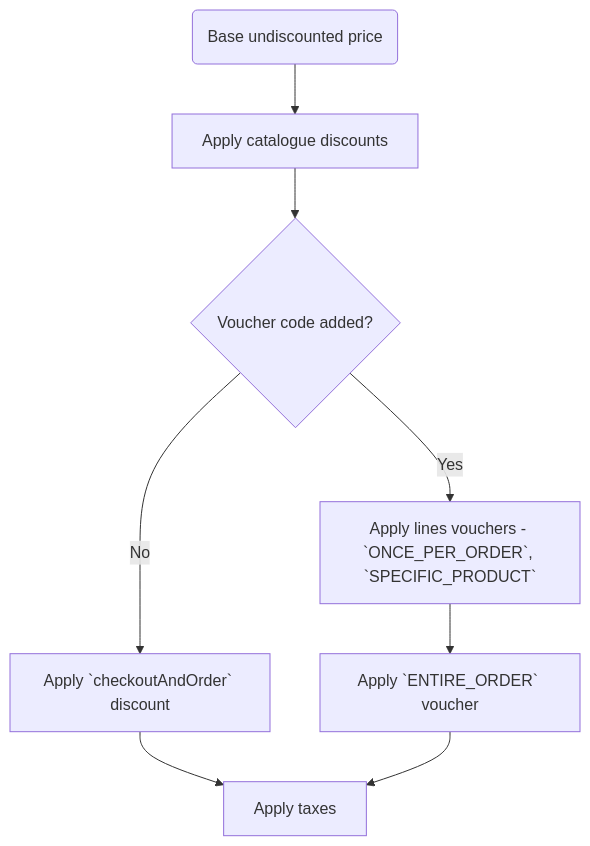
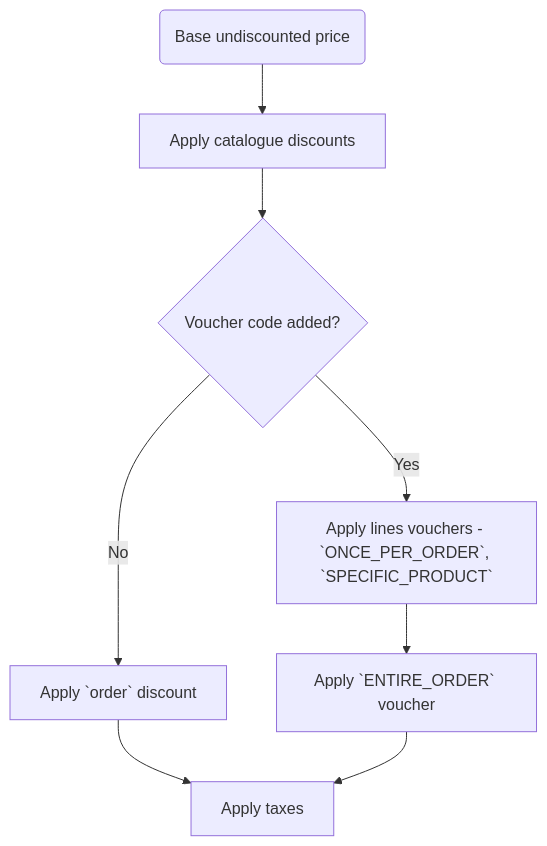
One commit to saleor/saleor-docs changed the first of 2 diagrams in docs/developer/discounts/promotions.mdx. Above: the diagram before and after it, drawn with Mermaid. The commit also changed other lines of this file, not shown here.

Commit message:
Update promotion charts

````diff
--- a/docs/developer/discounts/promotions.mdx
+++ b/docs/developer/discounts/promotions.mdx
@@ -1354,10 +1354,10 @@
 ```mermaid
 graph TD
     A(Base undiscounted price) --> B[Apply catalogue discounts]
     B --> Z{Voucher code added?}
-    Z --> |No| K[Apply `checkoutAndOrder` discount]
+    Z --> |No| K[Apply `order` discount]
     K --> E
     Z --> |Yes| C[Apply lines vouchers - `ONCE_PER_ORDER`, `SPECIFIC_PRODUCT`]
     C --> D[Apply `ENTIRE_ORDER` voucher]
     D --> E[Apply taxes]
 ```
````
